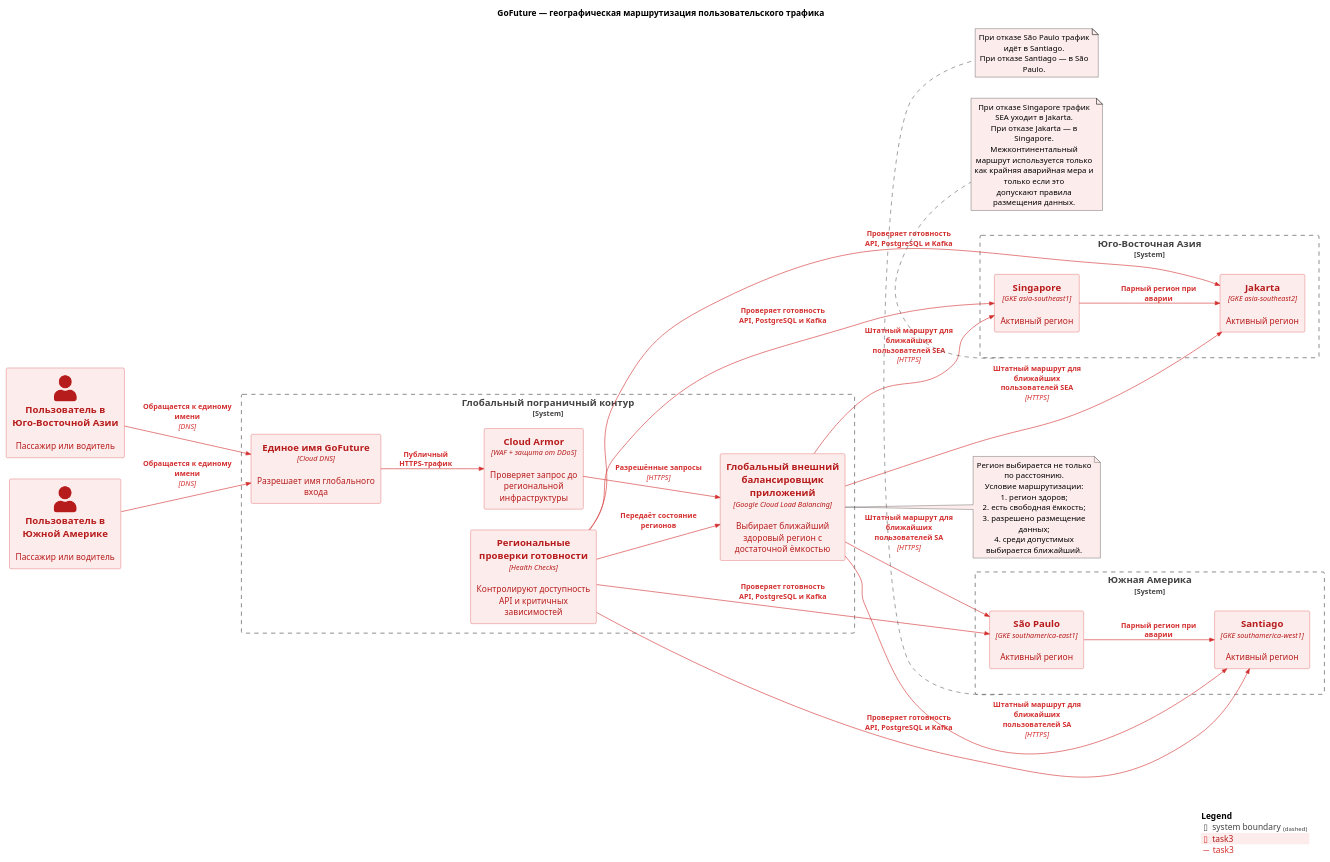
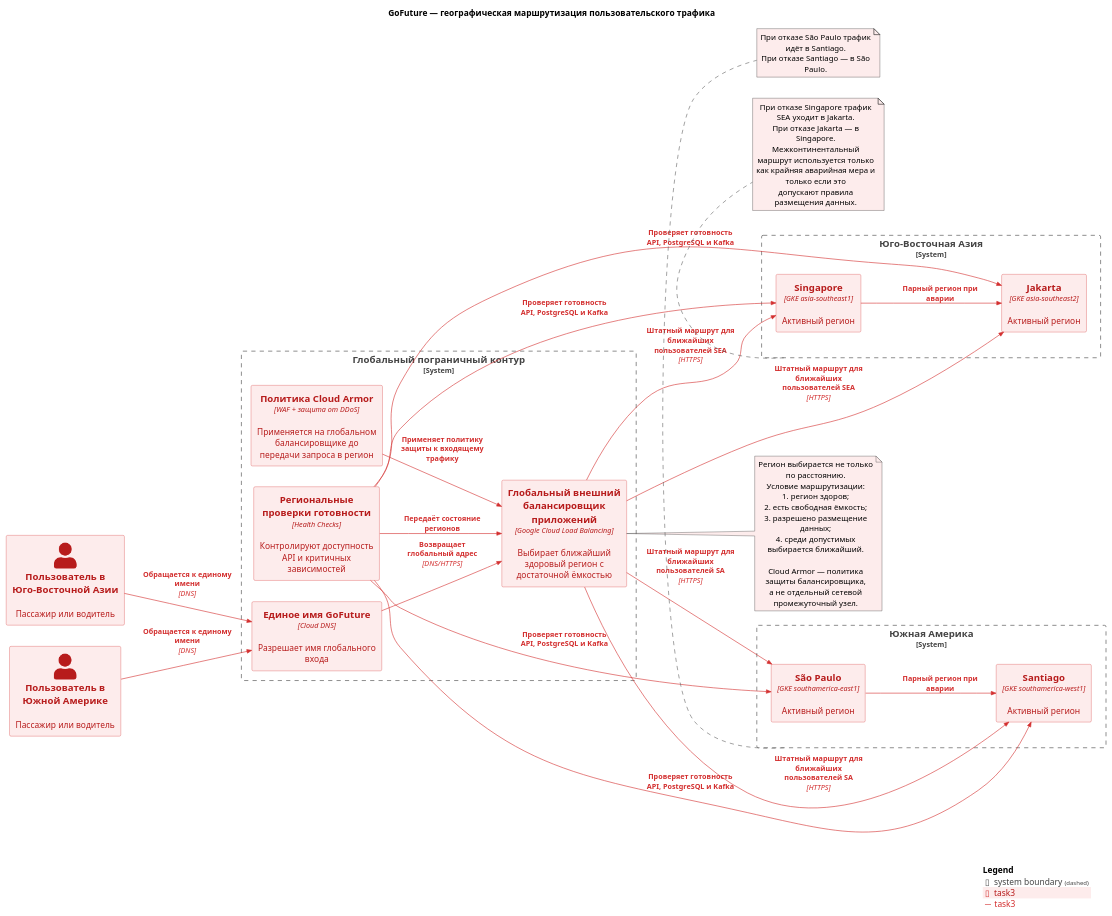
One commit to FFinn/MSA-GoFuture-v1 changed the diagram in Task3/geo-routing.puml. Above: the diagram before and after it, drawn with PlantUML.

Commit message:
Task3: уточнить географическую маршрутизацию

```diff
--- a/Task3/geo-routing.puml
+++ b/Task3/geo-routing.puml
@@ -1,73 +1,76 @@
 @startuml GoFuture_Geo_Routing_Task3
 !include https://raw.githubusercontent.com/plantuml-stdlib/C4-PlantUML/master/C4_Container.puml
 
 LAYOUT_LEFT_RIGHT()
 
 title GoFuture — географическая маршрутизация пользовательского трафика
 
 AddElementTag("task3", $bgColor="#FDECEC", $fontColor="#B71C1C", $borderColor="#D32F2F")
 AddRelTag("task3", $textColor="#D32F2F", $lineColor="#D32F2F")
 
 Person(sea_user, "Пользователь в Юго-Восточной Азии", "Пассажир или водитель", $tags="task3")
 Person(sa_user, "Пользователь в Южной Америке", "Пассажир или водитель", $tags="task3")
 
 System_Boundary(global_edge, "Глобальный пограничный контур") {
     Container(dns, "Единое имя GoFuture", "Cloud DNS", "Разрешает имя глобального входа", $tags="task3")
-    Container(waf, "Cloud Armor", "WAF + защита от DDoS", "Проверяет запрос до региональной инфраструктуры", $tags="task3")
+    Container(waf, "Политика Cloud Armor", "WAF + защита от DDoS", "Применяется на глобальном балансировщике до передачи запроса в регион", $tags="task3")
     Container(lb, "Глобальный внешний балансировщик приложений", "Google Cloud Load Balancing", "Выбирает ближайший здоровый регион с достаточной ёмкостью", $tags="task3")
     Container(health, "Региональные проверки готовности", "Health Checks", "Контролируют доступность API и критичных зависимостей", $tags="task3")
 }
 
 System_Boundary(sea, "Юго-Восточная Азия") {
     Container(sg, "Singapore", "GKE asia-southeast1", "Активный регион", $tags="task3")
     Container(jk, "Jakarta", "GKE asia-southeast2", "Активный регион", $tags="task3")
 }
 
 System_Boundary(sa, "Южная Америка") {
     Container(sp, "São Paulo", "GKE southamerica-east1", "Активный регион", $tags="task3")
     Container(sc, "Santiago", "GKE southamerica-west1", "Активный регион", $tags="task3")
 }
 
 Rel(sea_user, dns, "Обращается к единому имени", "DNS", $tags="task3")
 Rel(sa_user, dns, "Обращается к единому имени", "DNS", $tags="task3")
-Rel(dns, waf, "Публичный HTTPS-трафик", $tags="task3")
-Rel(waf, lb, "Разрешённые запросы", "HTTPS", $tags="task3")
+Rel(dns, lb, "Возвращает глобальный адрес", "DNS/HTTPS", $tags="task3")
+Rel(waf, lb, "Применяет политику защиты к входящему трафику", $tags="task3")
 Rel(health, lb, "Передаёт состояние регионов", $tags="task3")
 
 Rel(lb, sg, "Штатный маршрут для ближайших пользователей SEA", "HTTPS", $tags="task3")
 Rel(lb, jk, "Штатный маршрут для ближайших пользователей SEA", "HTTPS", $tags="task3")
 Rel(lb, sp, "Штатный маршрут для ближайших пользователей SA", "HTTPS", $tags="task3")
 Rel(lb, sc, "Штатный маршрут для ближайших пользователей SA", "HTTPS", $tags="task3")
 
 Rel(health, sg, "Проверяет готовность API, PostgreSQL и Kafka", $tags="task3")
 Rel(health, jk, "Проверяет готовность API, PostgreSQL и Kafka", $tags="task3")
 Rel(health, sp, "Проверяет готовность API, PostgreSQL и Kafka", $tags="task3")
 Rel(health, sc, "Проверяет готовность API, PostgreSQL и Kafka", $tags="task3")
 
 Rel(sg, jk, "Парный регион при аварии", $tags="task3")
 Rel(sp, sc, "Парный регион при аварии", $tags="task3")
 
 note right of lb #FDECEC
   Регион выбирается не только по расстоянию.
   Условие маршрутизации:
   1. регион здоров;
   2. есть свободная ёмкость;
   3. разрешено размещение данных;
   4. среди допустимых выбирается ближайший.
+
+  Cloud Armor — политика защиты балансировщика,
+  а не отдельный сетевой промежуточный узел.
 end note
 
 note bottom of sea #FDECEC
   При отказе Singapore трафик SEA уходит в Jakarta.
   При отказе Jakarta — в Singapore.
   Межконтинентальный маршрут используется только
   как крайняя аварийная мера и только если это
   допускают правила размещения данных.
 end note
 
 note bottom of sa #FDECEC
   При отказе São Paulo трафик идёт в Santiago.
   При отказе Santiago — в São Paulo.
 end note
 
 SHOW_LEGEND()
 @enduml
```
